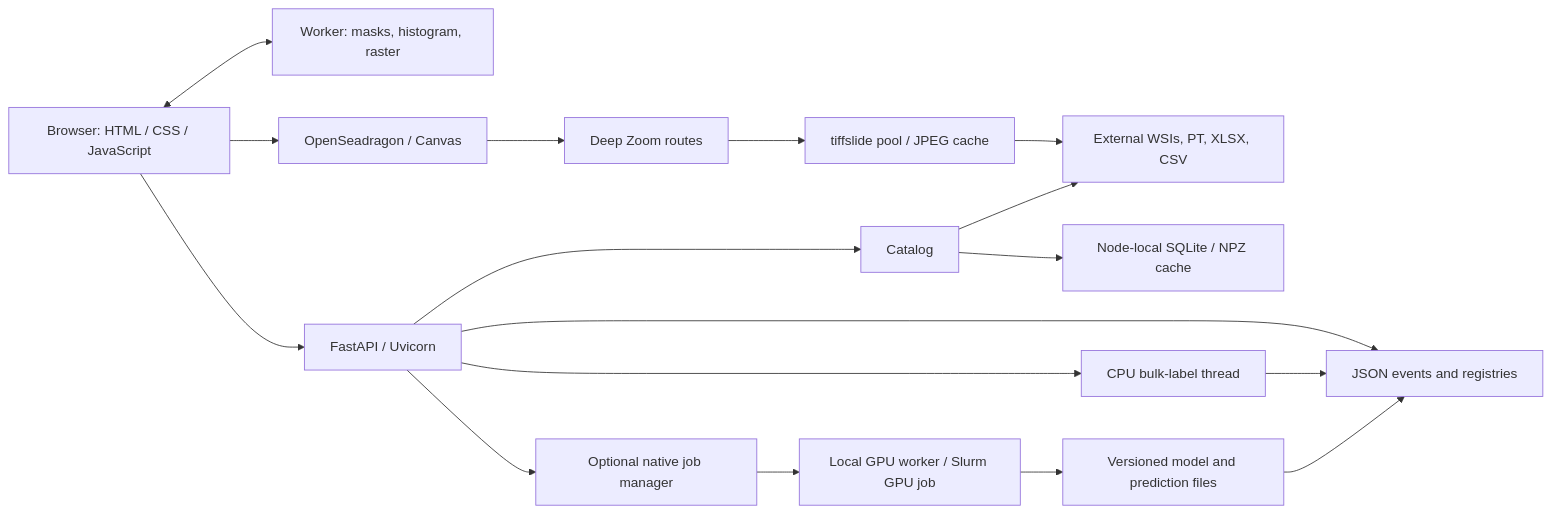
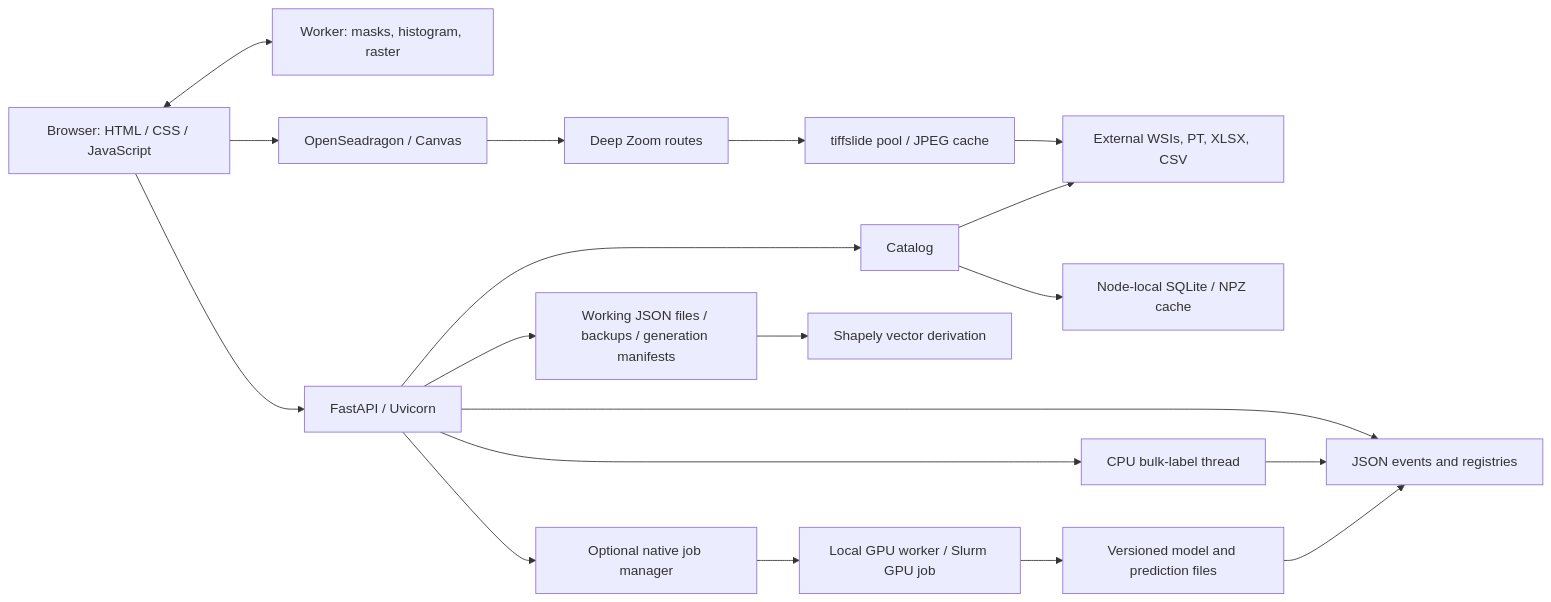
One commit to UFerminJamie/Cortical-and-Medullary-Segmentation changed the diagram in SVC_GPU/human_loop/ARCHITECTURE.md. Above: the diagram before and after it, drawn with Mermaid. The commit also changed other lines of this file and 31 other files, not shown here.

````diff
--- a/SVC_GPU/human_loop/ARCHITECTURE.md
+++ b/SVC_GPU/human_loop/ARCHITECTURE.md
@@ -9,19 +46,21 @@
 ```mermaid
 flowchart LR
     U[Browser: HTML / CSS / JavaScript] <--> W[Worker: masks, histogram, raster]
     U --> A[FastAPI / Uvicorn]
     U --> O[OpenSeadragon / Canvas]
     O --> T[Deep Zoom routes]
     T --> P[tiffslide pool / JPEG cache]
     P --> I[External WSIs, PT, XLSX, CSV]
     A --> C[Catalog]
     C --> I
     C --> R[Node-local SQLite / NPZ cache]
     A --> S[JSON events and registries]
+    A --> F[Working JSON files / backups / generation manifests]
+    F --> D[Shapely vector derivation]
     A --> B[CPU bulk-label thread]
     B --> S
     A --> J[Optional native job manager]
     J --> G[Local GPU worker / Slurm GPU job]
     G --> V[Versioned model and prediction files]
     V --> S
 ```
````
